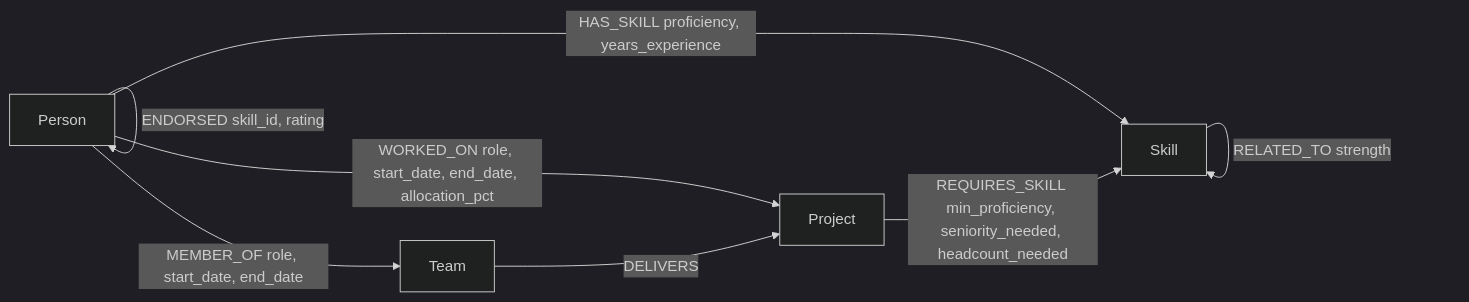
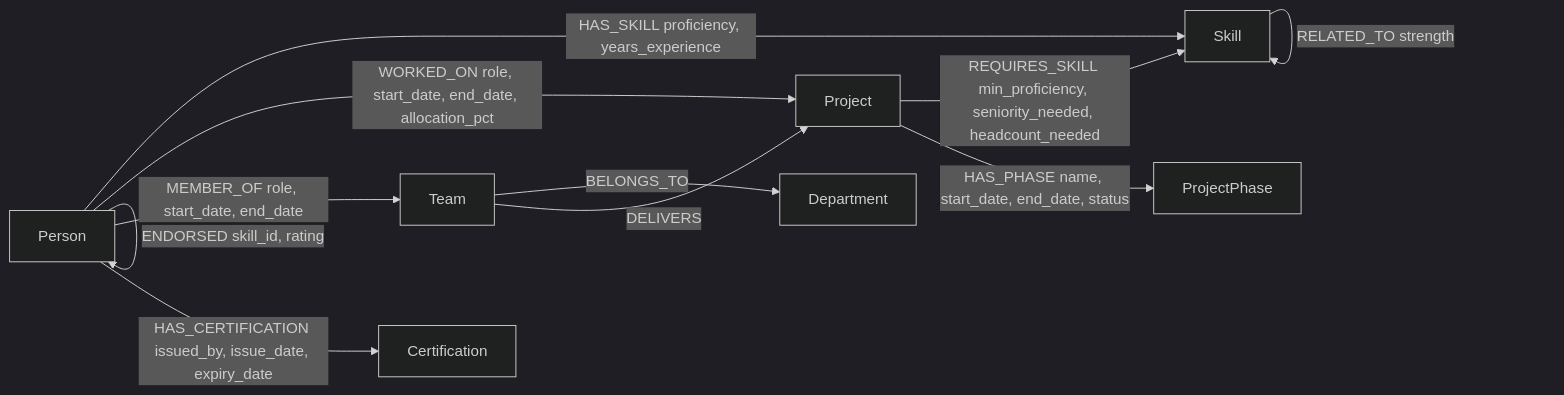
One commit to mosesakashj/team_performance_monitor changed the diagram in docs/data-model.md. Above: the diagram before and after it, drawn with Mermaid (dark theme). The commit also changed other lines of this file and 48 other files, not shown here.

````diff
--- a/docs/data-model.md
+++ b/docs/data-model.md
@@ -5,11 +5,14 @@
 ```mermaid
 graph LR
   Person -->|HAS_SKILL proficiency, years_experience| Skill
   Skill -->|RELATED_TO strength| Skill
   Person -->|WORKED_ON role, start_date, end_date, allocation_pct| Project
   Person -->|MEMBER_OF role, start_date, end_date| Team
+  Team -->|BELONGS_TO| Department
   Team -->|DELIVERS| Project
   Project -->|REQUIRES_SKILL min_proficiency, seniority_needed, headcount_needed| Skill
   Person -->|MANAGES| Person
   Person -->|"ENDORSED skill_id, rating"| Person
+  Person -->|HAS_CERTIFICATION issued_by, issue_date, expiry_date| Certification
+  Project -->|HAS_PHASE name, start_date, end_date, status| ProjectPhase
 ```
````
